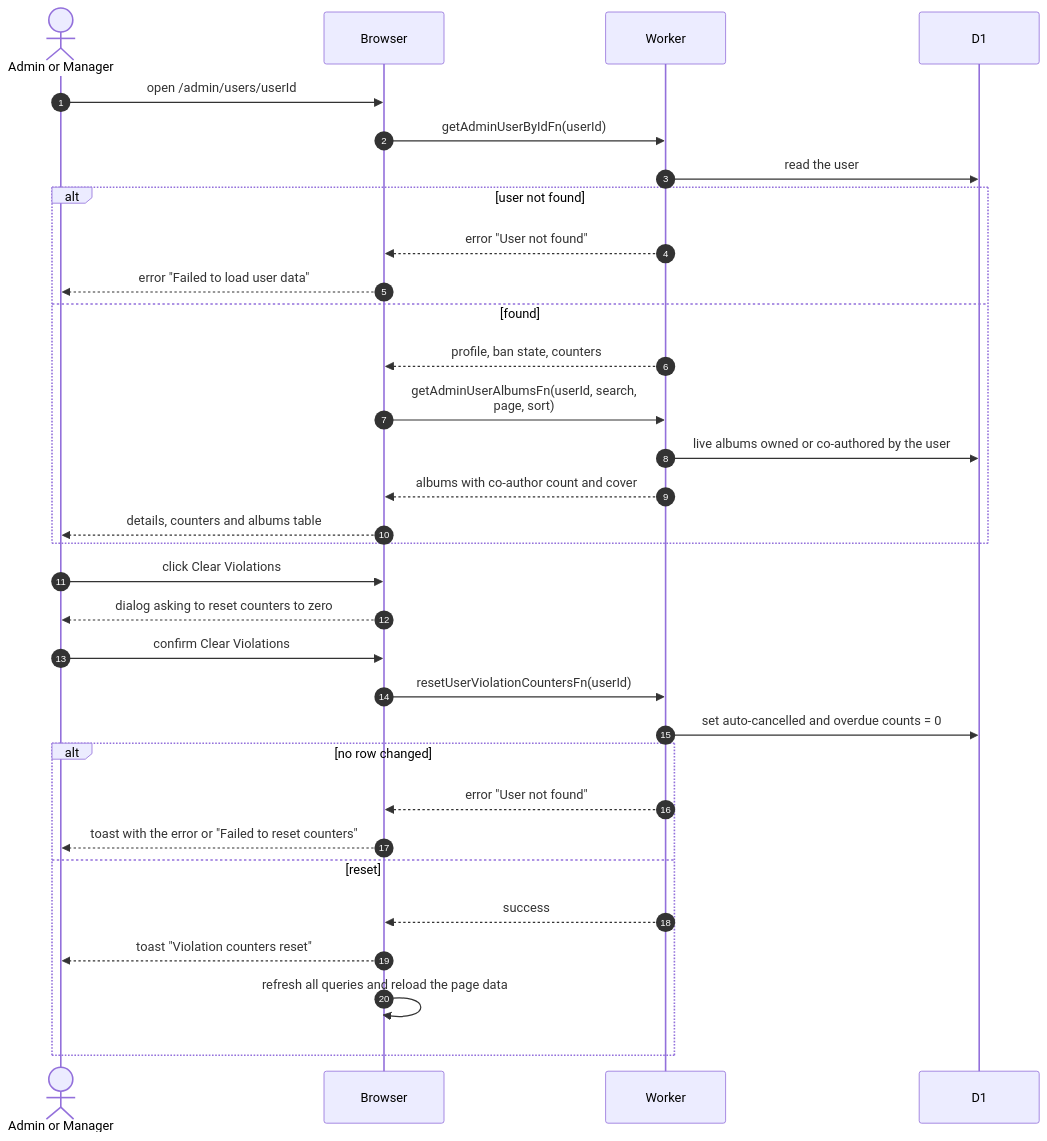
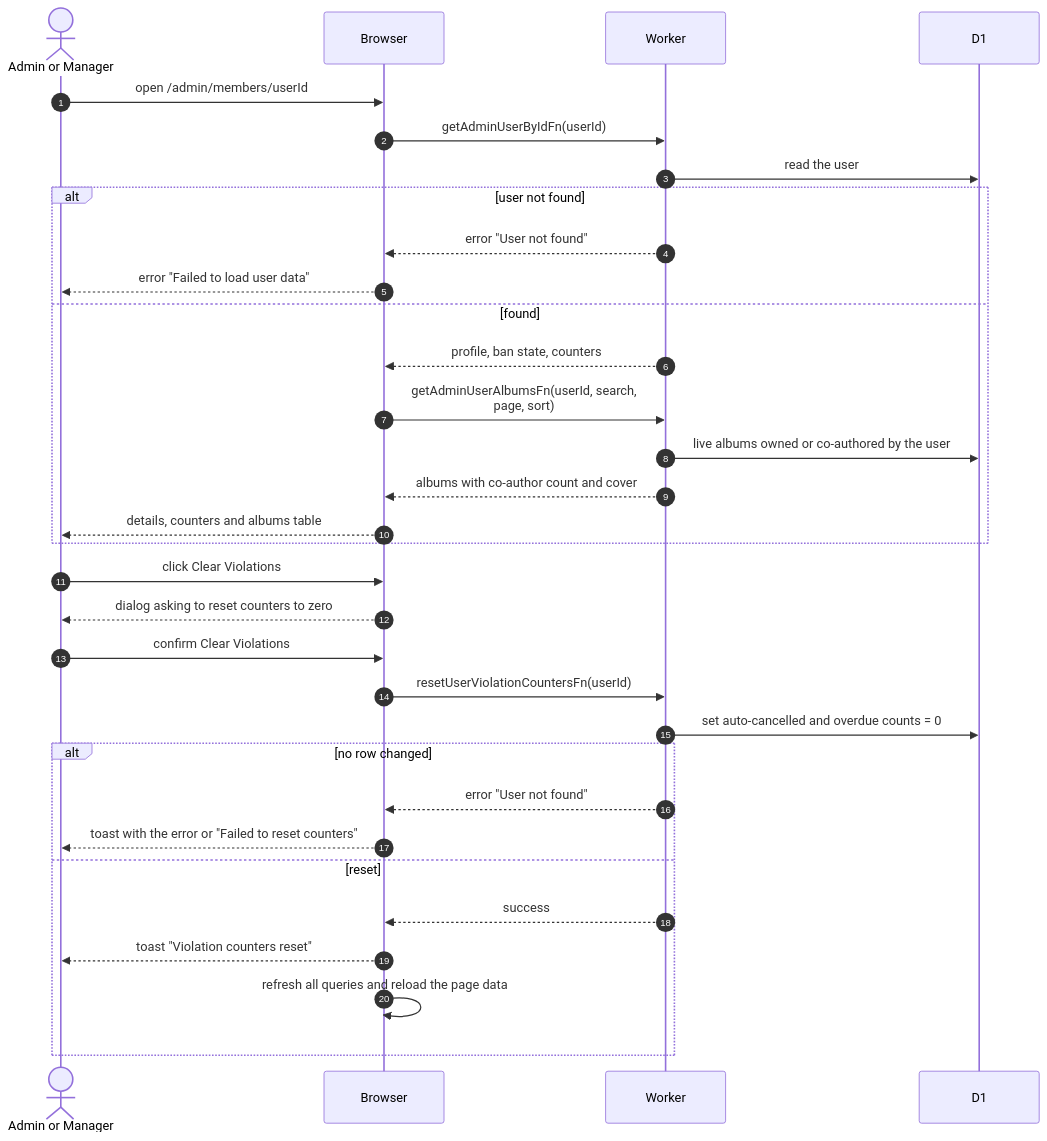
Before and after one commit to sagyzdop/meriksirat: the diagram in docs/scenarios/admin/member-detail.md, drawn with Mermaid. The commit also changed 45 other files, not shown here.

````diff
--- a/docs/scenarios/admin/member-detail.md
+++ b/docs/scenarios/admin/member-detail.md
@@ -14,35 +14,35 @@
 ```mermaid
 sequenceDiagram
     autonumber
     actor Person as Admin or Manager
     participant Browser
     participant Worker
     participant D1
 
-    Person->>Browser: open /admin/users/userId
+    Person->>Browser: open /admin/members/userId
     Browser->>Worker: getAdminUserByIdFn(userId)
     Worker->>D1: read the user
     alt user not found
         Worker-->>Browser: error "User not found"
         Browser-->>Person: error "Failed to load user data"
     else found
         Worker-->>Browser: profile, ban state, counters
         Browser->>Worker: getAdminUserAlbumsFn(userId, search,<br/>page, sort)
         Worker->>D1: live albums owned or co-authored by the user
         Worker-->>Browser: albums with co-author count and cover
         Browser-->>Person: details, counters and albums table
     end
     Person->>Browser: click Clear Violations
     Browser-->>Person: dialog asking to reset counters to zero
     Person->>Browser: confirm Clear Violations
     Browser->>Worker: resetUserViolationCountersFn(userId)
     Worker->>D1: set auto-cancelled and overdue counts = 0
     alt no row changed
         Worker-->>Browser: error "User not found"
         Browser-->>Person: toast with the error or "Failed to reset counters"
     else reset
         Worker-->>Browser: success
         Browser-->>Person: toast "Violation counters reset"
         Browser->>Browser: refresh all queries and reload the page data
     end
 ```
````
